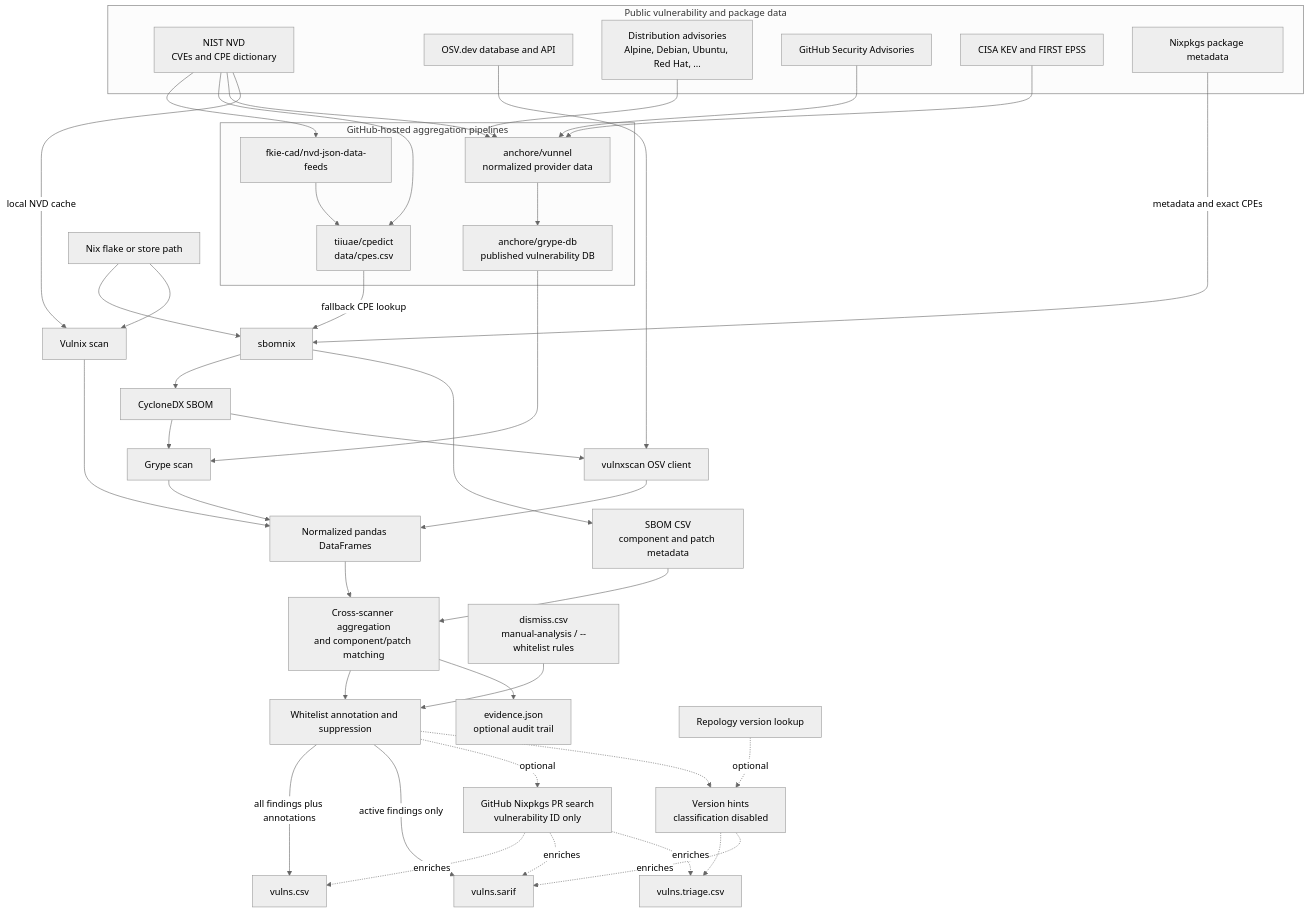
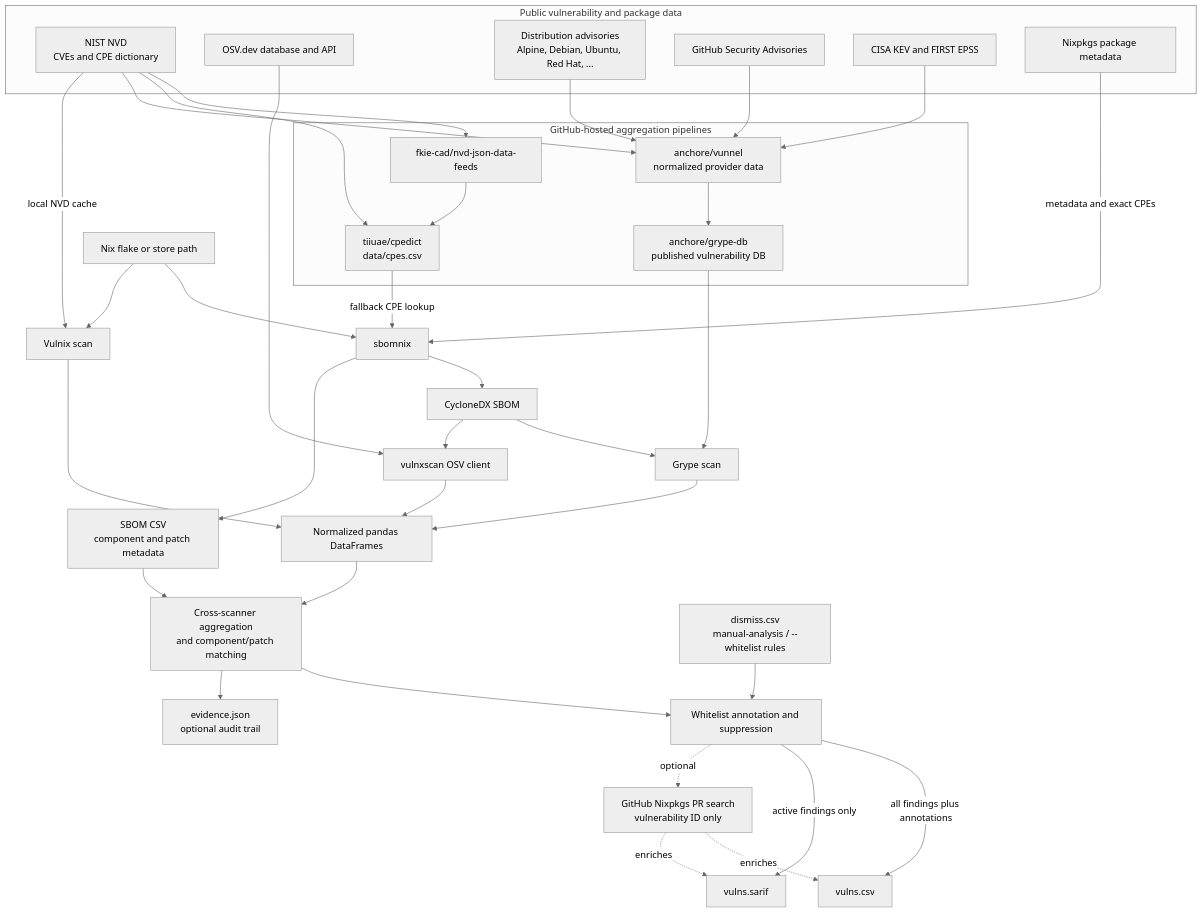
Before and after one commit to tiiuae/sbomnix: the diagram in doc/vulnxscan.md, drawn with Mermaid (neutral theme). The commit also changed other lines of this file and 54 other files, not shown here.

First line of the commit message:
sbomnix: remove Repology support and vulnxscan --triage

````diff
--- a/doc/vulnxscan.md
+++ b/doc/vulnxscan.md
@@ -54,60 +54,55 @@
 ```mermaid
 flowchart TB
     subgraph upstream["Public vulnerability and package data"]
         nvd["NIST NVD<br/>CVEs and CPE dictionary"]
         osvdb["OSV.dev database and API"]
         distro["Distribution advisories<br/>Alpine, Debian, Ubuntu, Red Hat, ..."]
         ghsa["GitHub Security Advisories"]
         auxiliary["CISA KEV and FIRST EPSS"]
         nixpkgs["Nixpkgs package metadata"]
     end
 
     subgraph published["GitHub-hosted aggregation pipelines"]
         nvdmirror["fkie-cad/nvd-json-data-feeds"]
         cpedict["tiiuae/cpedict<br/>data/cpes.csv"]
         vunnel["anchore/vunnel<br/>normalized provider data"]
         grypedb["anchore/grype-db<br/>published vulnerability DB"]
     end
 
     nvd --> nvdmirror --> cpedict
     nvd --> cpedict
     nvd --> vunnel
     distro --> vunnel
     ghsa --> vunnel
     auxiliary --> vunnel
     vunnel --> grypedb
 
     target["Nix flake or store path"] --> sbomnix["sbomnix"]
     nixpkgs -->|metadata and exact CPEs| sbomnix
     cpedict -->|fallback CPE lookup| sbomnix
     sbomnix --> cdx["CycloneDX SBOM"]
     sbomnix --> sbomcsv["SBOM CSV<br/>component and patch metadata"]
 
     cdx --> grype["Grype scan"]
     grypedb --> grype
     cdx --> osvclient["vulnxscan OSV client"]
     osvdb --> osvclient
     target --> vulnix["Vulnix scan"]
     nvd -->|local NVD cache| vulnix
 
     grype --> frames["Normalized pandas DataFrames"]
     osvclient --> frames
     vulnix --> frames
     frames --> matching["Cross-scanner aggregation<br/>and component/patch matching"]
     sbomcsv --> matching
 
     dismiss["dismiss.csv<br/>manual-analysis / --whitelist rules"] --> filtering["Whitelist annotation and suppression"]
     matching --> filtering
     matching --> evidence["evidence.json<br/>optional audit trail"]
     filtering -->|all findings plus annotations| csv["vulns.csv"]
     filtering -->|active findings only| sarif["vulns.sarif"]
 
-    repology["Repology version lookup"] -. optional .-> triage["Version hints<br/>classification disabled"]
     filtering -. optional .-> nixprs["GitHub Nixpkgs PR search<br/>vulnerability ID only"]
     nixprs -. enriches .-> csv
     nixprs -. enriches .-> sarif
-    nixprs -. enriches .-> triagecsv
-    filtering -.-> triage
-    triage -.-> triagecsv["vulns.triage.csv"]
-    triage -. enriches .-> sarif
 ```
````
